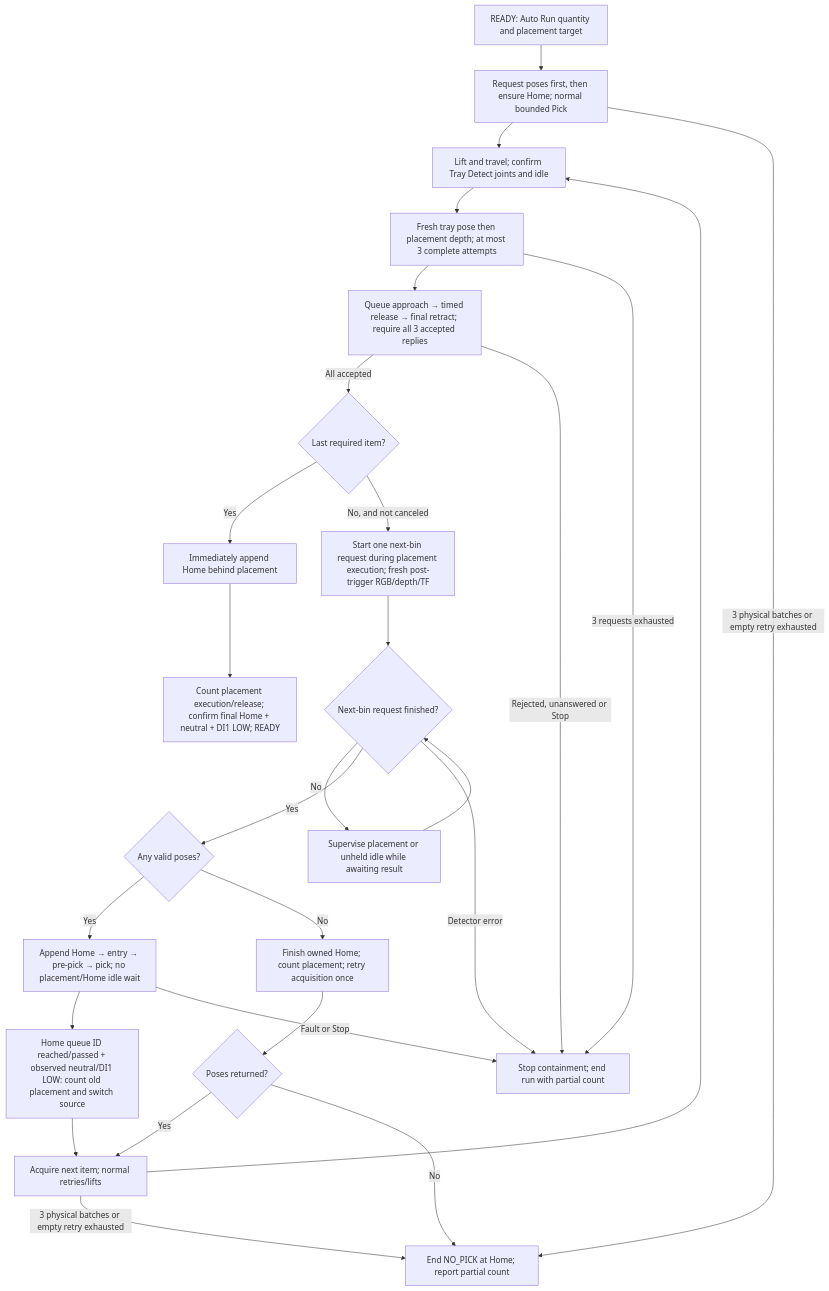
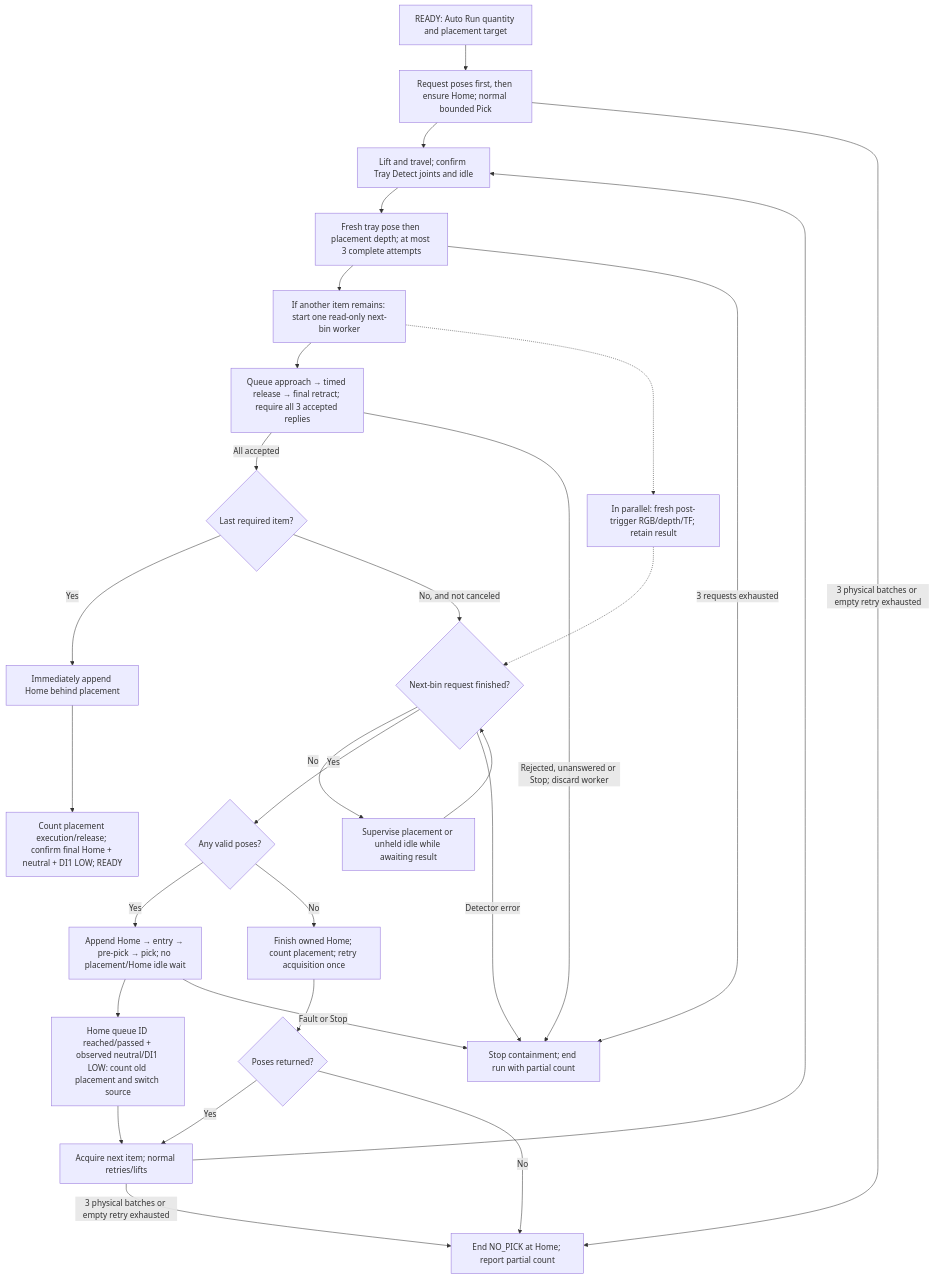
The sixth of 9 diagrams in docs/ROBOT_CONTROLLER_FSM.md (esgange/dobot_picknplace_yolo), drawn with Mermaid before and after one commit. The commit also changed other lines of this file and 9 other files, not shown here.

Commit message:
Overlap next item detection with placement queue admission

````diff
--- a/docs/ROBOT_CONTROLLER_FSM.md
+++ b/docs/ROBOT_CONTROLLER_FSM.md
@@ -798,29 +801,31 @@
 ```mermaid
 flowchart TD
     Start["READY: Auto Run quantity and placement target"] --> Pick["Request poses first, then ensure Home; normal bounded Pick"]
     Pick --> Tray["Lift and travel; confirm Tray Detect joints and idle"]
     Tray --> Observe["Fresh tray pose then placement depth; at most 3 complete attempts"]
-    Observe --> Place["Queue approach → timed release → final retract; require all 3 accepted replies"]
+    Observe --> Prefetch["If another item remains: start one read-only next-bin worker"]
+    Prefetch --> Place["Queue approach → timed release → final retract; require all 3 accepted replies"]
+    Prefetch -.-> Capture["In parallel: fresh post-trigger RGB/depth/TF; retain result"]
     Place -->|All accepted| Last{"Last required item?"}
     Last -->|Yes| Home["Immediately append Home behind placement"]
     Home --> Done["Count placement execution/release; confirm final Home + neutral + DI1 LOW; READY"]
-    Last -->|No, and not canceled| Prefetch["Start one next-bin request during placement execution; fresh post-trigger RGB/depth/TF"]
-    Prefetch --> Ready{"Next-bin request finished?"}
+    Last -->|No, and not canceled| Ready{"Next-bin request finished?"}
+    Capture -.-> Ready
     Ready -->|No| Wait["Supervise placement or unheld idle while awaiting result"]
     Wait --> Ready
     Ready -->|Yes| Poses{"Any valid poses?"}
     Poses -->|Yes| Append["Append Home → entry → pre-pick → pick; no placement/Home idle wait"]
     Poses -->|No| RetryHome["Finish owned Home; count placement; retry acquisition once"]
     RetryHome --> Retried{"Poses returned?"}
     Retried -->|Yes| Next
     Retried -->|No| Empty
     Append --> Boundary["Home queue ID reached/passed + observed neutral/DI1 LOW: count old placement and switch source"]
     Boundary --> Next["Acquire next item; normal retries/lifts"]
     Next --> Tray
     Pick -->|3 physical batches or empty retry exhausted| Empty["End NO_PICK at Home; report partial count"]
     Next -->|3 physical batches or empty retry exhausted| Empty
     Observe -->|3 requests exhausted| Fail["Stop containment; end run with partial count"]
-    Place -->|Rejected, unanswered or Stop| Fail
+    Place -->|Rejected, unanswered or Stop; discard worker| Fail
     Ready -->|Detector error| Fail
     Append -->|Fault or Stop| Fail
 ```
````
